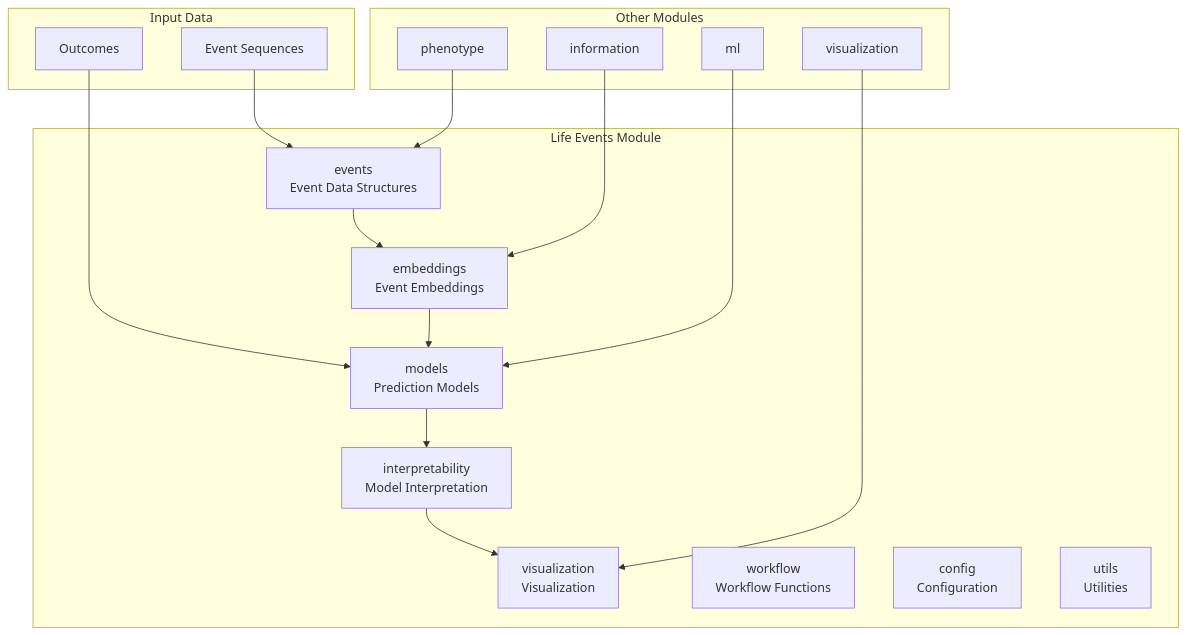
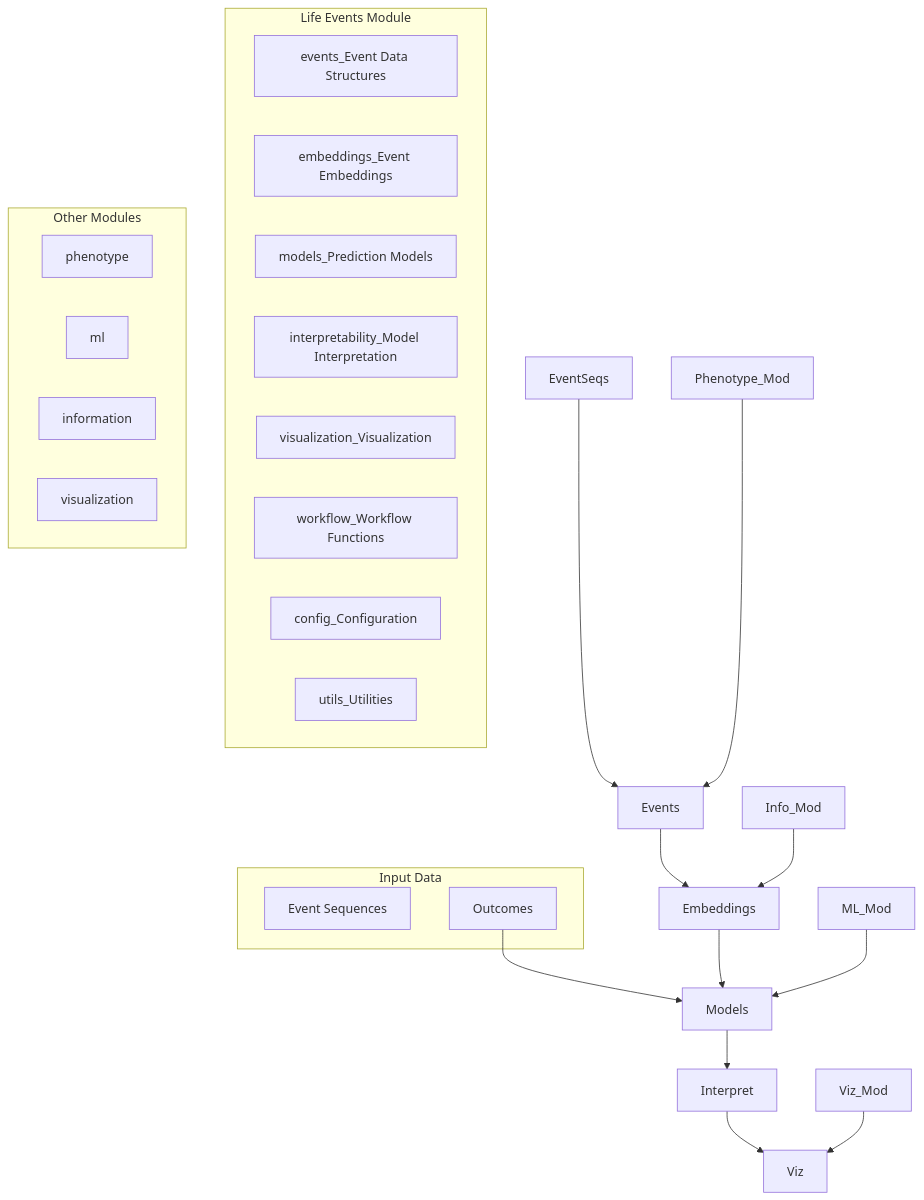
Before and after one commit to docxology/MetaInformAnt: the first of 2 diagrams in src/metainformant/life_events/README.md, drawn with Mermaid. The commit also changed other lines of this file and 611 other files, not shown here.

````diff
--- a/src/metainformant/life_events/README.md
+++ b/src/metainformant/life_events/README.md
@@ -11,36 +11,36 @@
 ```mermaid
 graph TB
     subgraph "Life Events Module"
-        Events[events<br/>Event Data Structures]
-        Embeddings[embeddings<br/>Event Embeddings]
-        Models[models<br/>Prediction Models]
-        Interpret[interpretability<br/>Model Interpretation]
-        Viz[visualization<br/>Visualization]
-        Workflow[workflow<br/>Workflow Functions]
-        Config[config<br/>Configuration]
-        Utils[utils<br/>Utilities]
+        EventseventsEventDataStructures[events_Event Data Structures]
+        EmbeddingsembeddingsEventEmbeddings[embeddings_Event Embeddings]
+        ModelsmodelsPredictionModels[models_Prediction Models]
+        InterpretinterpretabilityModelInterpretation[interpretability_Model Interpretation]
+        VizvisualizationVisualization[visualization_Visualization]
+        WorkflowworkflowWorkflowFunctions[workflow_Workflow Functions]
+        ConfigconfigConfiguration[config_Configuration]
+        UtilsutilsUtilities[utils_Utilities]
     end
     
     subgraph "Input Data"
-        EventSeqs[Event Sequences]
+        EventSeqseventSequences[Event Sequences]
         Outcomes[Outcomes]
     end
     
     subgraph "Other Modules"
-        Phenotype_Mod[phenotype]
-        ML_Mod[ml]
-        Info_Mod[information]
-        Viz_Mod[visualization]
+        phenotype[phenotype]
+        ml[ml]
+        information[information]
+        visualization[visualization]
     end
     
     EventSeqs --> Events
     Outcomes --> Models
     Events --> Embeddings
     Embeddings --> Models
     Models --> Interpret
     Interpret --> Viz
     Phenotype_Mod --> Events
     ML_Mod --> Models
     Info_Mod --> Embeddings
     Viz_Mod --> Viz
 ```
````
